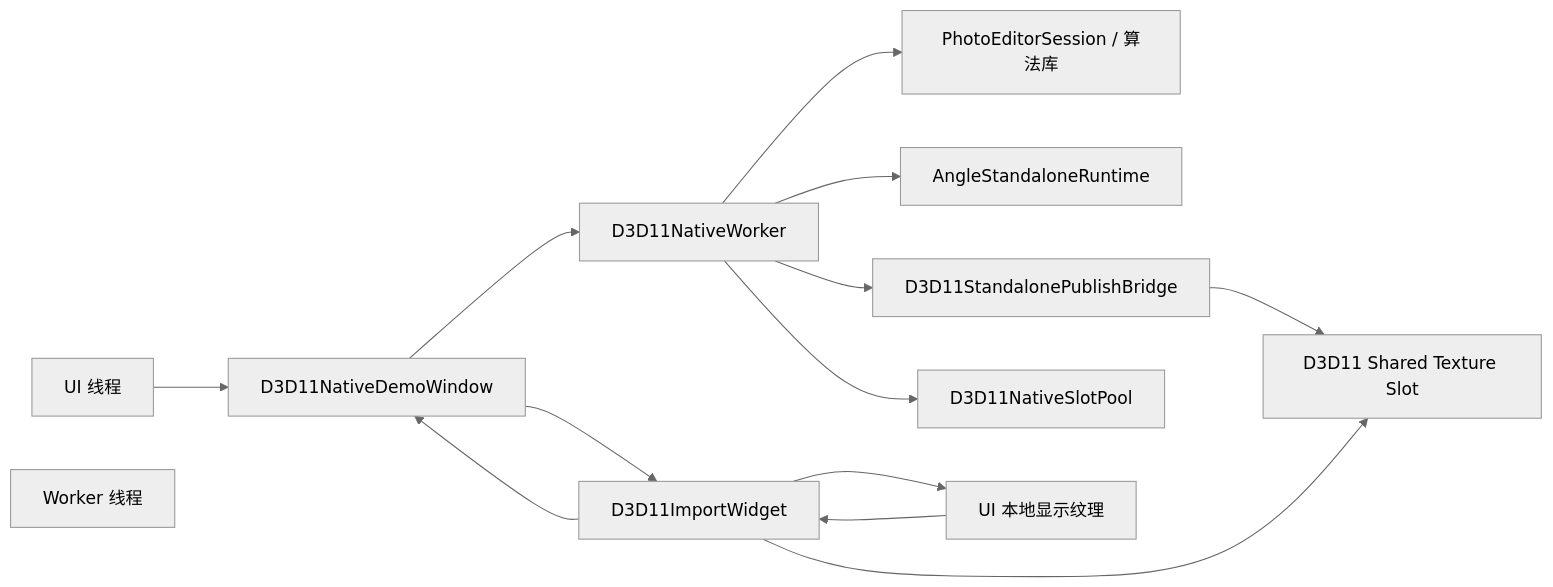
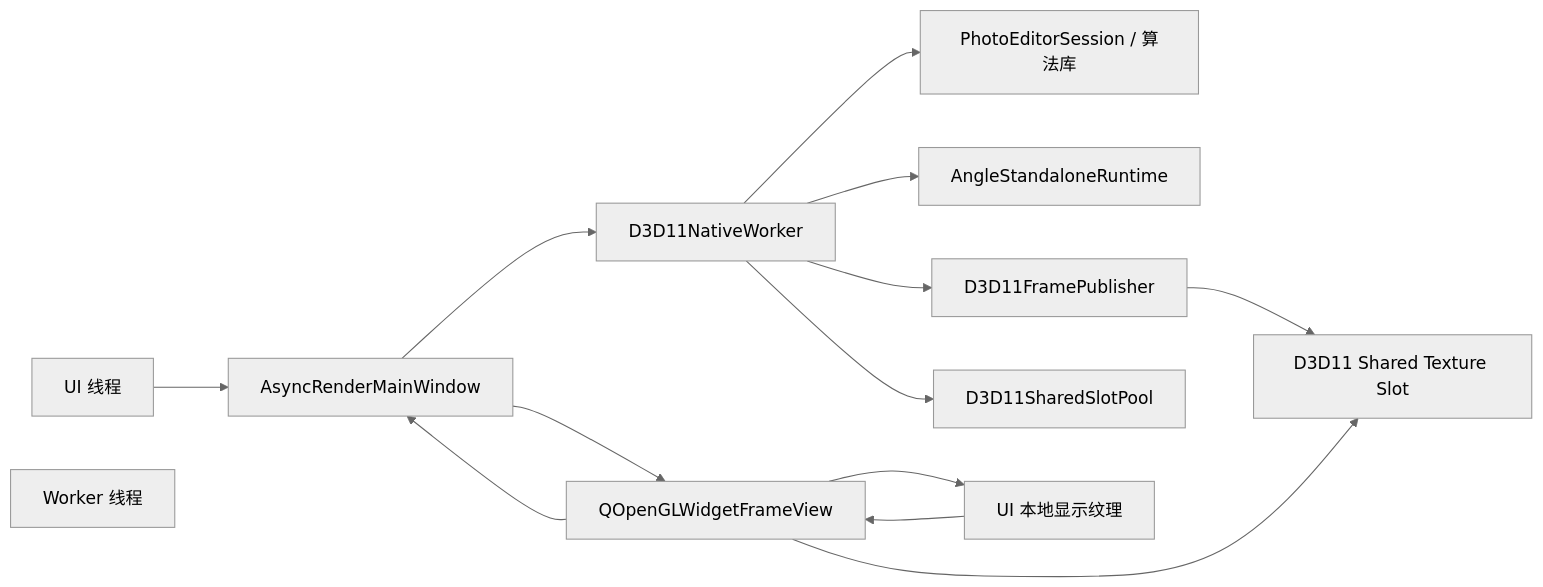
The first of 2 diagrams in ARCHITECTURE.md (Peranger1/Gles2AsyncRender), drawn with Mermaid (neutral theme) before and after one commit. The commit also changed other lines of this file and 25 other files, not shown here.

````diff
--- a/ARCHITECTURE.md
+++ b/ARCHITECTURE.md
@@ -24,26 +24,26 @@
 ```mermaid
 flowchart LR
     UI["UI 线程"]
-    WIN["D3D11NativeDemoWindow"]
-    WGT["D3D11ImportWidget"]
+    WIN["AsyncRenderMainWindow"]
+    WGT["QOpenGLWidgetFrameView"]
     WK["Worker 线程"]
     WRK["D3D11NativeWorker"]
     ALG["PhotoEditorSession / 算法库"]
     RT["AngleStandaloneRuntime"]
-    PUB["D3D11StandalonePublishBridge"]
-    POOL["D3D11NativeSlotPool"]
+    PUB["D3D11FramePublisher"]
+    POOL["D3D11SharedSlotPool"]
     SHARED["D3D11 Shared Texture Slot"]
     LOCAL["UI 本地显示纹理"]
 
     UI --> WIN --> WGT
     WIN --> WRK
     WGT --> WIN
     WRK --> ALG
     WRK --> RT
     WRK --> PUB
     WRK --> POOL
     PUB --> SHARED
     WGT --> SHARED
     WGT --> LOCAL
     LOCAL --> WGT
 ```
````
